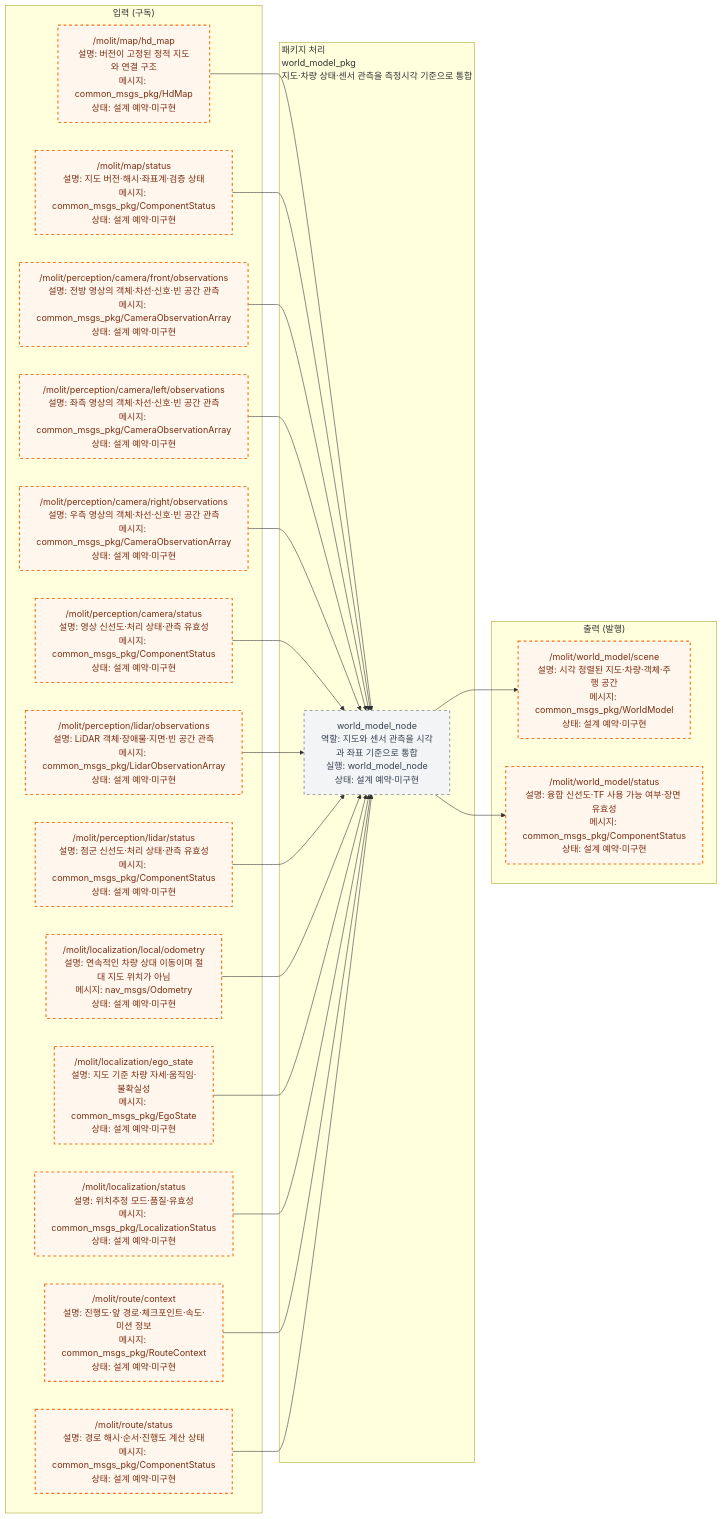
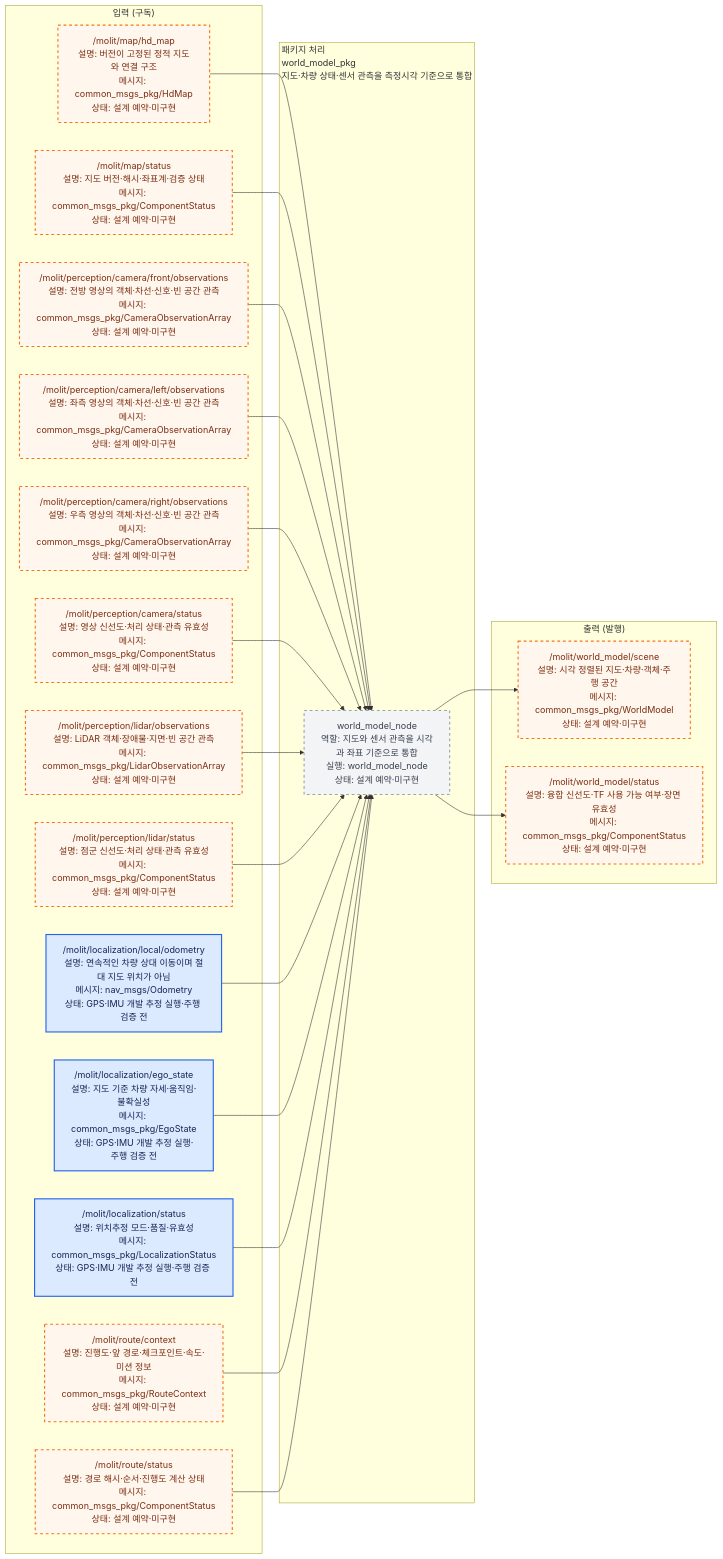
The diagram in src/world_model_pkg/docs/interface_io.mmd (Team-Stier/Morai_Sim_team2), drawn with Mermaid before and after one commit. The commit also changed 145 other files, not shown here.

```diff
--- a/src/world_model_pkg/docs/interface_io.mmd
+++ b/src/world_model_pkg/docs/interface_io.mmd
@@ -1,65 +1,65 @@
 %% AUTO-GENERATED by ros_architecture_pkg/scripts/generate_interface_diagrams.py. DO NOT EDIT.
 %% Source of truth: ros_architecture_pkg/config/interface_contract.yaml
 flowchart LR
     classDef liveNode fill:#dcfce7,color:#14532d,stroke:#16a34a,stroke-width:2px;
     classDef reservedNode fill:#f3f4f6,color:#374151,stroke:#9ca3af,stroke-width:2px,stroke-dasharray: 5 5;
     classDef liveTopic fill:#dbeafe,color:#172554,stroke:#2563eb,stroke-width:2px;
     classDef reservedTopic fill:#fff7ed,color:#7c2d12,stroke:#f97316,stroke-width:2px,stroke-dasharray: 5 5;
     classDef emptyPort fill:#ffffff,color:#6b7280,stroke:#d1d5db,stroke-dasharray: 3 3;
     classDef externalEndpoint fill:#f3e8ff,color:#581c87,stroke:#9333ea,stroke-width:3px;
 
     subgraph INPUTS["입력 (구독)"]
         input_000["/molit/map/hd_map<br/>설명: 버전이 고정된 정적 지도와 연결 구조<br/>메시지: common_msgs_pkg/HdMap<br/>상태: 설계 예약·미구현"]
         input_001["/molit/map/status<br/>설명: 지도 버전·해시·좌표계·검증 상태<br/>메시지: common_msgs_pkg/ComponentStatus<br/>상태: 설계 예약·미구현"]
         input_002["/molit/perception/camera/front/observations<br/>설명: 전방 영상의 객체·차선·신호·빈 공간 관측<br/>메시지: common_msgs_pkg/CameraObservationArray<br/>상태: 설계 예약·미구현"]
         input_003["/molit/perception/camera/left/observations<br/>설명: 좌측 영상의 객체·차선·신호·빈 공간 관측<br/>메시지: common_msgs_pkg/CameraObservationArray<br/>상태: 설계 예약·미구현"]
         input_004["/molit/perception/camera/right/observations<br/>설명: 우측 영상의 객체·차선·신호·빈 공간 관측<br/>메시지: common_msgs_pkg/CameraObservationArray<br/>상태: 설계 예약·미구현"]
         input_005["/molit/perception/camera/status<br/>설명: 영상 신선도·처리 상태·관측 유효성<br/>메시지: common_msgs_pkg/ComponentStatus<br/>상태: 설계 예약·미구현"]
         input_006["/molit/perception/lidar/observations<br/>설명: LiDAR 객체·장애물·지면·빈 공간 관측<br/>메시지: common_msgs_pkg/LidarObservationArray<br/>상태: 설계 예약·미구현"]
         input_007["/molit/perception/lidar/status<br/>설명: 점군 신선도·처리 상태·관측 유효성<br/>메시지: common_msgs_pkg/ComponentStatus<br/>상태: 설계 예약·미구현"]
-        input_008["/molit/localization/local/odometry<br/>설명: 연속적인 차량 상대 이동이며 절대 지도 위치가 아님<br/>메시지: nav_msgs/Odometry<br/>상태: 설계 예약·미구현"]
-        input_009["/molit/localization/ego_state<br/>설명: 지도 기준 차량 자세·움직임·불확실성<br/>메시지: common_msgs_pkg/EgoState<br/>상태: 설계 예약·미구현"]
-        input_010["/molit/localization/status<br/>설명: 위치추정 모드·품질·유효성<br/>메시지: common_msgs_pkg/LocalizationStatus<br/>상태: 설계 예약·미구현"]
+        input_008["/molit/localization/local/odometry<br/>설명: 연속적인 차량 상대 이동이며 절대 지도 위치가 아님<br/>메시지: nav_msgs/Odometry<br/>상태: GPS·IMU 개발 추정 실행·주행 검증 전"]
+        input_009["/molit/localization/ego_state<br/>설명: 지도 기준 차량 자세·움직임·불확실성<br/>메시지: common_msgs_pkg/EgoState<br/>상태: GPS·IMU 개발 추정 실행·주행 검증 전"]
+        input_010["/molit/localization/status<br/>설명: 위치추정 모드·품질·유효성<br/>메시지: common_msgs_pkg/LocalizationStatus<br/>상태: GPS·IMU 개발 추정 실행·주행 검증 전"]
         input_011["/molit/route/context<br/>설명: 진행도·앞 경로·체크포인트·속도·미션 정보<br/>메시지: common_msgs_pkg/RouteContext<br/>상태: 설계 예약·미구현"]
         input_012["/molit/route/status<br/>설명: 경로 해시·순서·진행도 계산 상태<br/>메시지: common_msgs_pkg/ComponentStatus<br/>상태: 설계 예약·미구현"]
     end
     subgraph PACKAGE["패키지 처리<br/>world_model_pkg<br/>지도·차량 상태·센서 관측을 측정시각 기준으로 통합"]
         local_node_000["world_model_node<br/>역할: 지도와 센서 관측을 시각과 좌표 기준으로 통합<br/>실행: world_model_node<br/>상태: 설계 예약·미구현"]
     end
     subgraph OUTPUTS["출력 (발행)"]
         output_000["/molit/world_model/scene<br/>설명: 시각 정렬된 지도·차량·객체·주행 공간<br/>메시지: common_msgs_pkg/WorldModel<br/>상태: 설계 예약·미구현"]
         output_001["/molit/world_model/status<br/>설명: 융합 신선도·TF 사용 가능 여부·장면 유효성<br/>메시지: common_msgs_pkg/ComponentStatus<br/>상태: 설계 예약·미구현"]
     end
 
     input_000 --> local_node_000
     input_001 --> local_node_000
     input_002 --> local_node_000
     input_003 --> local_node_000
     input_004 --> local_node_000
     input_005 --> local_node_000
     input_006 --> local_node_000
     input_007 --> local_node_000
     input_008 --> local_node_000
     input_009 --> local_node_000
     input_010 --> local_node_000
     input_011 --> local_node_000
     input_012 --> local_node_000
     local_node_000 --> output_000
     local_node_000 --> output_001
 
     class local_node_000 reservedNode;
     class input_000 reservedTopic;
     class input_001 reservedTopic;
     class input_002 reservedTopic;
     class input_003 reservedTopic;
     class input_004 reservedTopic;
     class input_005 reservedTopic;
     class input_006 reservedTopic;
     class input_007 reservedTopic;
-    class input_008 reservedTopic;
-    class input_009 reservedTopic;
-    class input_010 reservedTopic;
+    class input_008 liveTopic;
+    class input_009 liveTopic;
+    class input_010 liveTopic;
     class input_011 reservedTopic;
     class input_012 reservedTopic;
     class output_000 reservedTopic;
     class output_001 reservedTopic;
```
